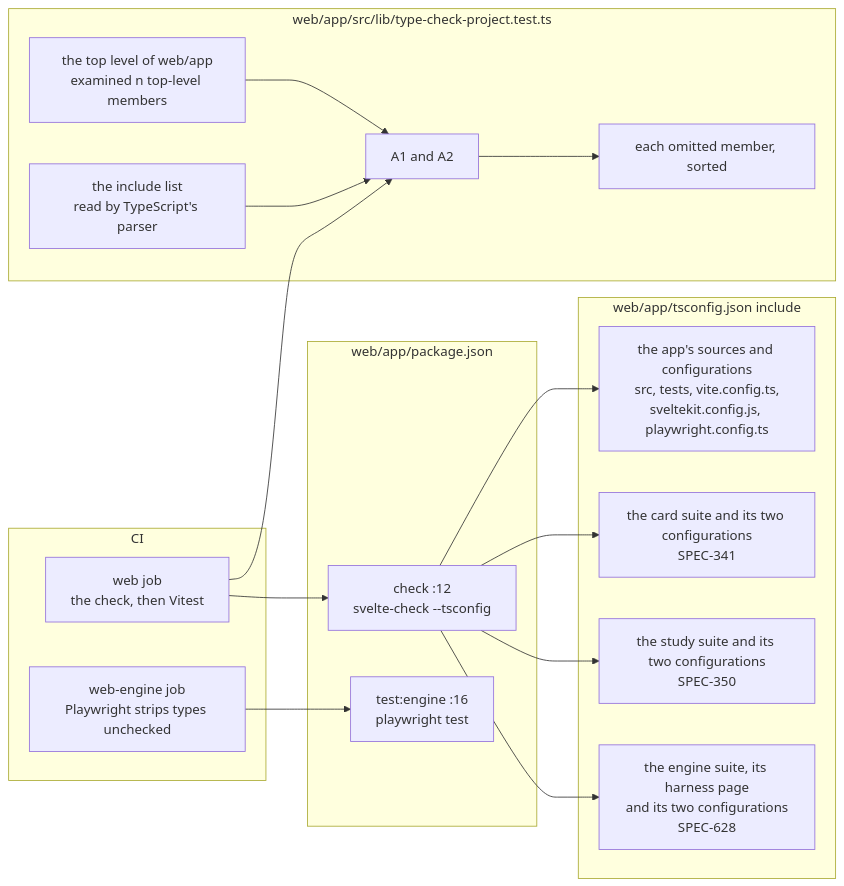
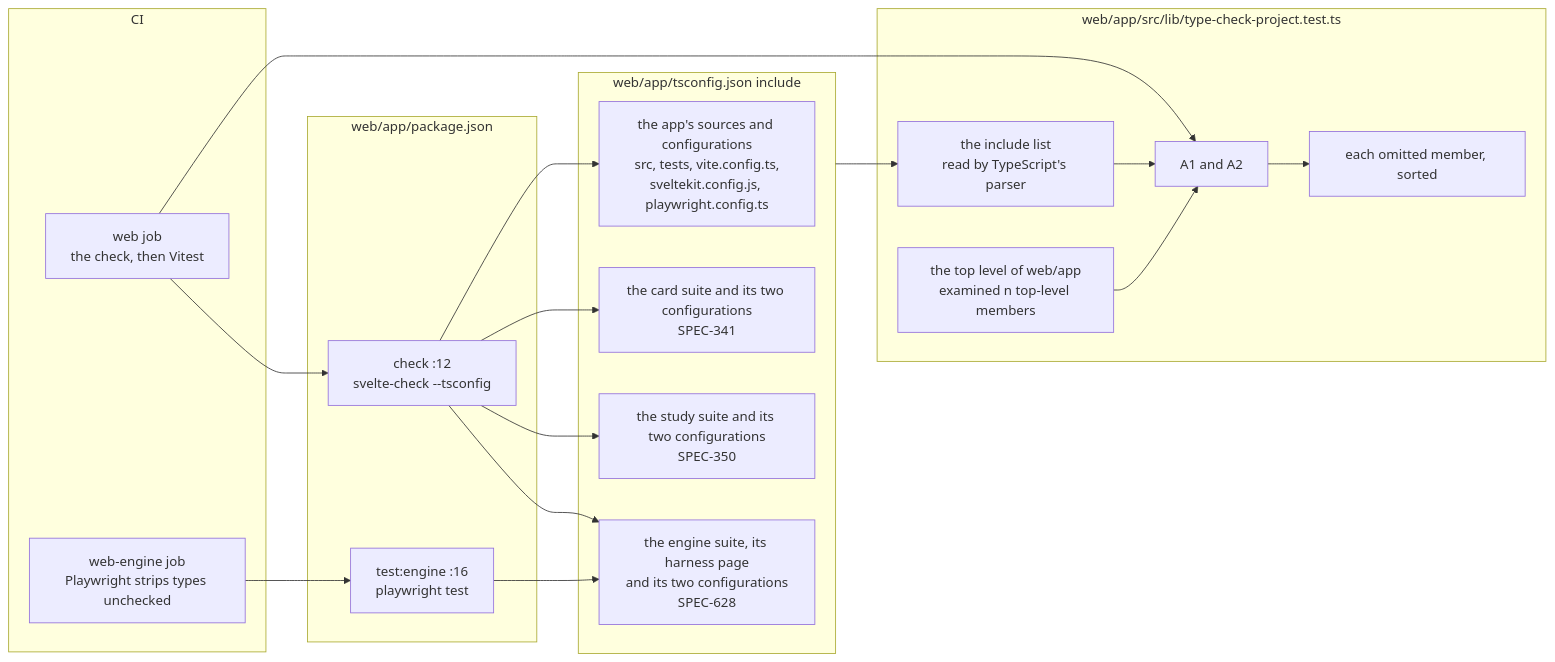
Before and after one commit to RexRenatus/deck-streak: the diagram in docs/schematics/web-type-check-project.md, drawn with Mermaid.

Commit message:
docs(web): draw the census input and the engine run in the schematic

````diff
--- a/docs/schematics/web-type-check-project.md
+++ b/docs/schematics/web-type-check-project.md
@@ -9,33 +9,35 @@
 ```mermaid
 flowchart LR
   subgraph pkg["web/app/package.json"]
     chk["check :12<br/>svelte-check --tsconfig"]
     pwrun["test:engine :16<br/>playwright test"]
   end
   subgraph proj["web/app/tsconfig.json include"]
     appsrc["the app's sources and configurations<br/>src, tests, vite.config.ts,<br/>sveltekit.config.js, playwright.config.ts"]
     cardsuite["the card suite and its two configurations<br/>SPEC-341"]
     studysuite["the study suite and its two configurations<br/>SPEC-350"]
     enginesuite["the engine suite, its harness page<br/>and its two configurations<br/>SPEC-628"]
   end
   subgraph cen["web/app/src/lib/type-check-project.test.ts"]
     incl["the include list<br/>read by TypeScript's parser"]
     listing["the top level of web/app<br/>examined n top-level members"]
     censustest["A1 and A2"]
     named["each omitted member, sorted"]
   end
   subgraph jobs["CI"]
     webjob["web job<br/>the check, then Vitest"]
     enginejob["web-engine job<br/>Playwright strips types unchecked"]
   end
   webjob --> chk
   chk --> appsrc
   chk --> cardsuite
   chk --> studysuite
   chk --> enginesuite
   webjob --> censustest
   incl --> censustest
   listing --> censustest
   censustest --> named
   enginejob --> pwrun
+  proj --> incl
+  pwrun --> enginesuite
 ```
````
